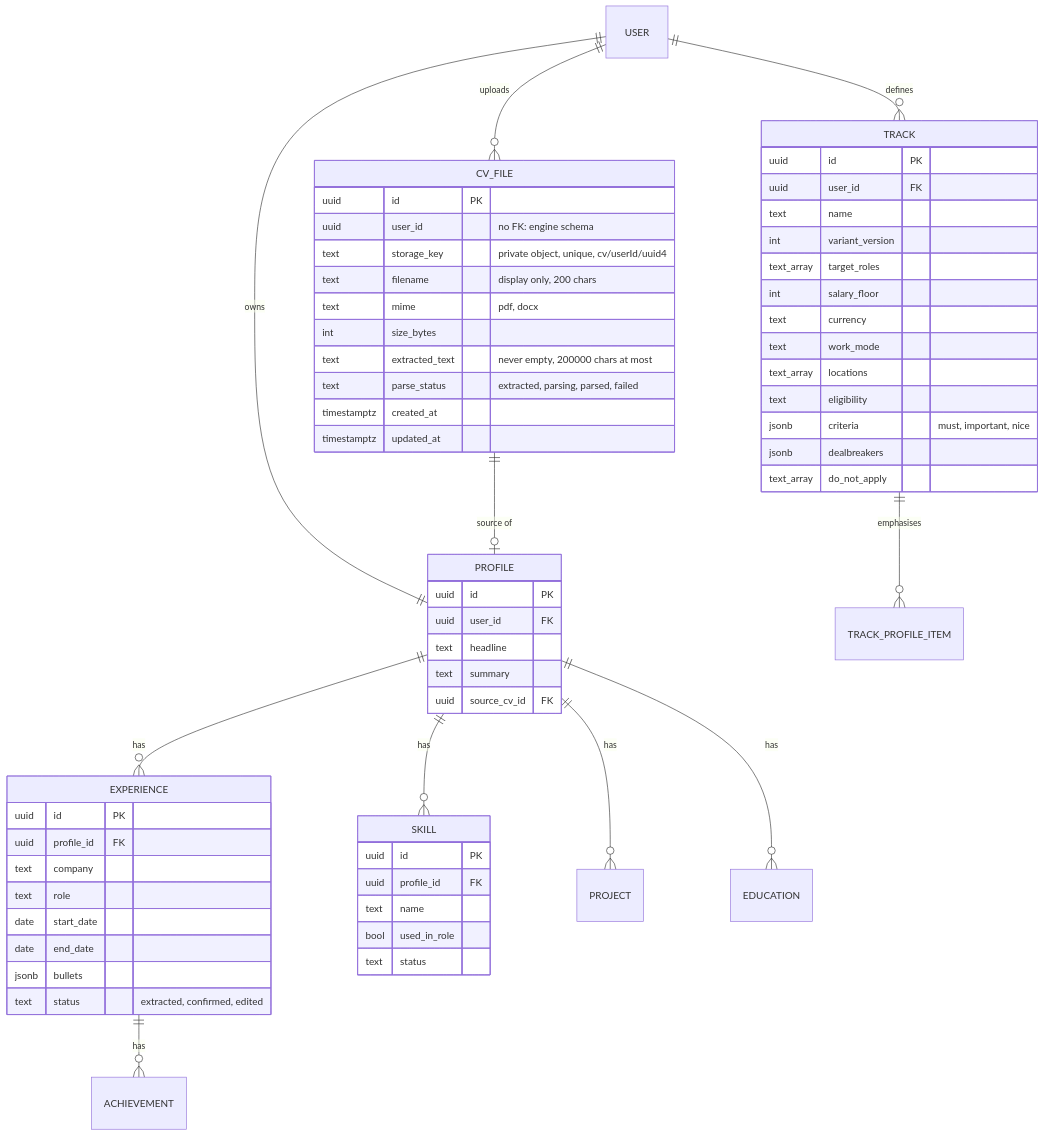
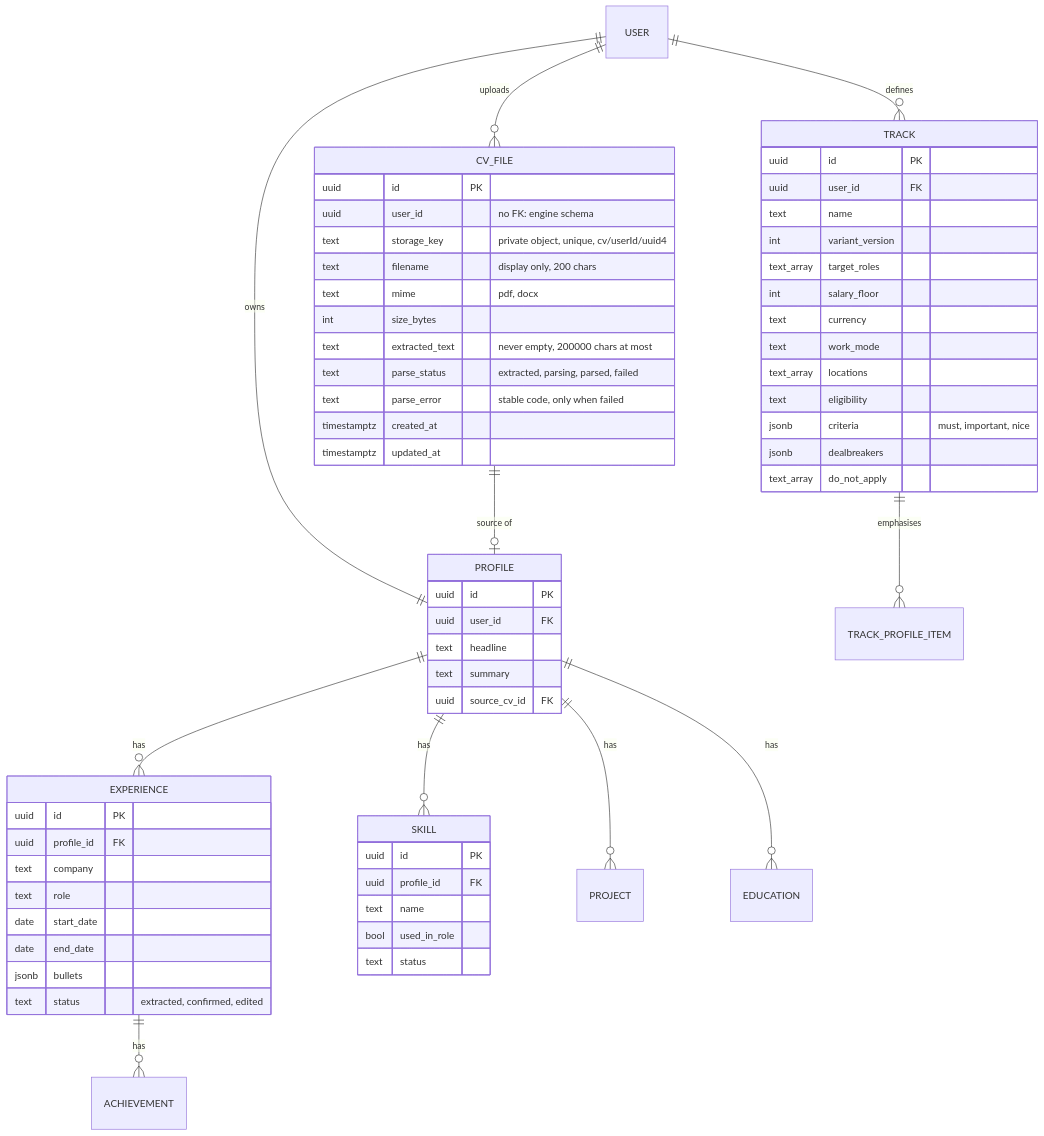
The second of 6 diagrams in docs/database-design.md (A7-studio/jobmigo), drawn with Mermaid before and after one commit. The commit also changed other lines of this file and 27 other files, not shown here.

````diff
--- a/docs/database-design.md
+++ b/docs/database-design.md
@@ -76,64 +76,65 @@
 ```mermaid
 erDiagram
   USER ||--o{ CV_FILE : uploads
   USER ||--|| PROFILE : owns
   CV_FILE ||--o| PROFILE : "source of"
   PROFILE ||--o{ EXPERIENCE : has
   PROFILE ||--o{ SKILL : has
   PROFILE ||--o{ PROJECT : has
   PROFILE ||--o{ EDUCATION : has
   EXPERIENCE ||--o{ ACHIEVEMENT : has
   USER ||--o{ TRACK : defines
   TRACK ||--o{ TRACK_PROFILE_ITEM : emphasises
   CV_FILE {
     uuid id PK
     uuid user_id "no FK: engine schema"
     text storage_key "private object, unique, cv/userId/uuid4"
     text filename "display only, 200 chars"
     text mime "pdf, docx"
     int size_bytes
     text extracted_text "never empty, 200000 chars at most"
     text parse_status "extracted, parsing, parsed, failed"
+    text parse_error "stable code, only when failed"
     timestamptz created_at
     timestamptz updated_at
   }
   PROFILE {
     uuid id PK
     uuid user_id FK
     text headline
     text summary
     uuid source_cv_id FK
   }
   EXPERIENCE {
     uuid id PK
     uuid profile_id FK
     text company
     text role
     date start_date
     date end_date
     jsonb bullets
     text status "extracted, confirmed, edited"
   }
   SKILL {
     uuid id PK
     uuid profile_id FK
     text name
     bool used_in_role
     text status
   }
   TRACK {
     uuid id PK
     uuid user_id FK
     text name
     int variant_version
     text_array target_roles
     int salary_floor
     text currency
     text work_mode
     text_array locations
     text eligibility
     jsonb criteria "must, important, nice"
     jsonb dealbreakers
     text_array do_not_apply
   }
 ```
````
